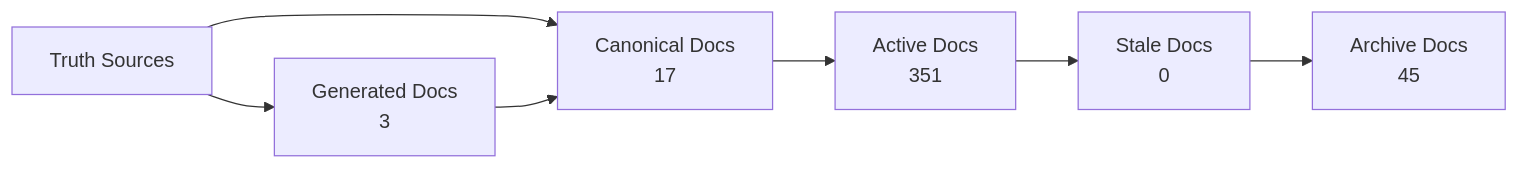
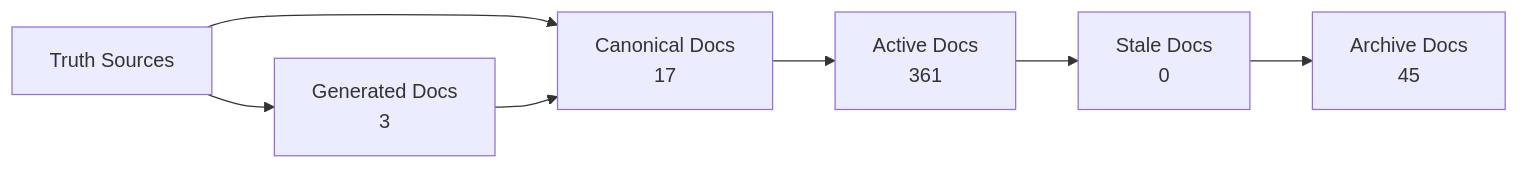
One commit to Latimer-Woods-Tech/Factory changed the diagram in docs/_generated/docs-trust-map.md. Above: the diagram before and after it, drawn with Mermaid. The commit also changed other lines of this file and 20 other files, not shown here.

````diff
--- a/docs/_generated/docs-trust-map.md
+++ b/docs/_generated/docs-trust-map.md
@@ -20,14 +20,14 @@
 ```mermaid
 flowchart LR
   truth["Truth Sources"] --> canonical["Canonical Docs"]
   canonical --> active["Active Docs"]
   active --> stale["Stale Docs"]
   stale --> archive["Archive Docs"]
   canonical["Canonical Docs\n17"]
-  active["Active Docs\n351"]
+  active["Active Docs\n361"]
   stale["Stale Docs\n0"]
   archive["Archive Docs\n45"]
   generated["Generated Docs\n3"]
   truth --> generated
   generated --> canonical
 ```
````
